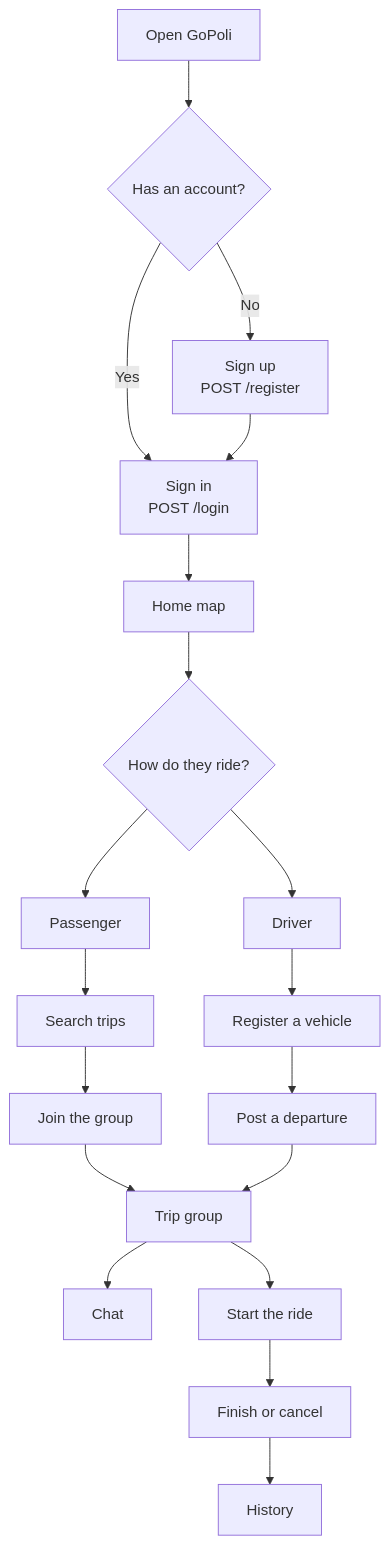
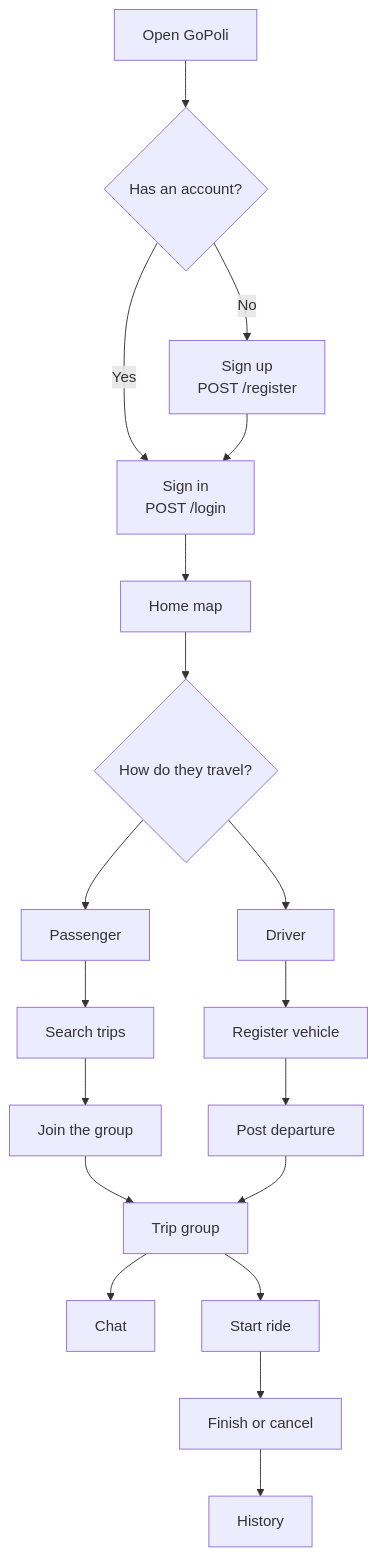
One commit to GoPoli/.github changed the second of 3 diagrams in profile/README_EN.md. Above: the diagram before and after it, drawn with Mermaid. The commit also changed other lines of this file and 2 other files, not shown here.

Commit message:
Presenta la organización en el perfil de GoPoli.

````diff
--- a/profile/README_EN.md
+++ b/profile/README_EN.md
@@ -78,21 +75,21 @@
 ```mermaid
 flowchart TD
-  start["Open GoPoli"] --> account{"Has an account?"}
-  account -->|No| register["Sign up\nPOST /register"]
+  open["Open GoPoli"] --> account{"Has an account?"}
+  account -->|No| signup["Sign up\nPOST /register"]
   account -->|Yes| login["Sign in\nPOST /login"]
-  register --> login
+  signup --> login
   login --> home["Home map"]
-  home --> role{"How do they ride?"}
+  home --> role{"How do they travel?"}
   role --> passenger["Passenger"]
   role --> driver["Driver"]
   passenger --> search["Search trips"]
   search --> join["Join the group"]
-  driver --> vehicle["Register a vehicle"]
-  vehicle --> create["Post a departure"]
+  driver --> vehicle["Register vehicle"]
+  vehicle --> create["Post departure"]
   join --> group["Trip group"]
   create --> group
   group --> chat["Chat"]
-  group --> live["Start the ride"]
-  live --> done["Finish or cancel"]
-  done --> history["History"]
+  group --> start["Start ride"]
+  start --> finish["Finish or cancel"]
+  finish --> history["History"]
 ```
````
